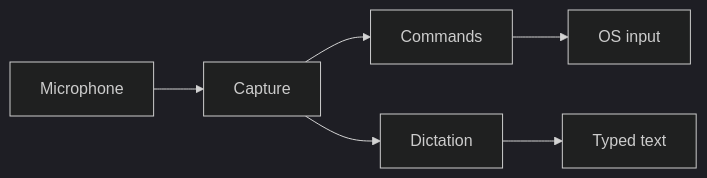
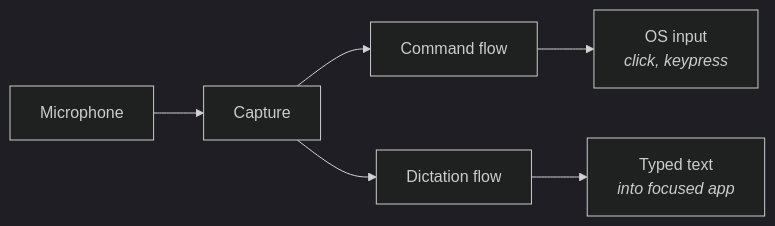
Before and after one commit to rick12000/vocalance: the first of 3 diagrams in docs/developer/overview/architecture.rst, drawn with Mermaid (dark theme). The commit also changed other lines of this file and 12 other files, not shown here.

```diff
--- a/docs/developer/overview/architecture.rst
+++ b/docs/developer/overview/architecture.rst
@@ -16,8 +17,8 @@
 .. mermaid::
 
    flowchart LR
        Mic[Microphone] --> Cap[Capture]
-       Cap --> Cmd[Commands]
-       Cap --> Dict[Dictation]
-       Cmd --> OS1[OS input]
-       Dict --> Type[Typed text]
+       Cap --> CF[Command flow]
+       Cap --> DF[Dictation flow]
+       CF --> OS[OS input<br/><i>click, keypress</i>]
+       DF --> Type[Typed text<br/><i>into focused app</i>]
```
